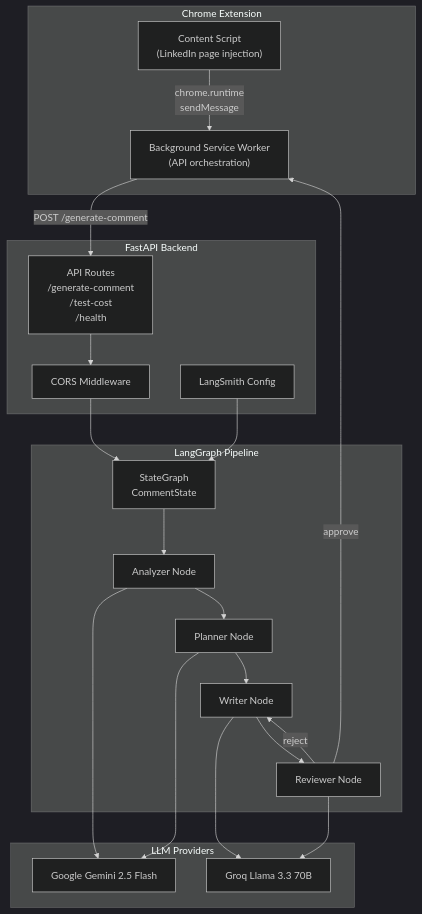
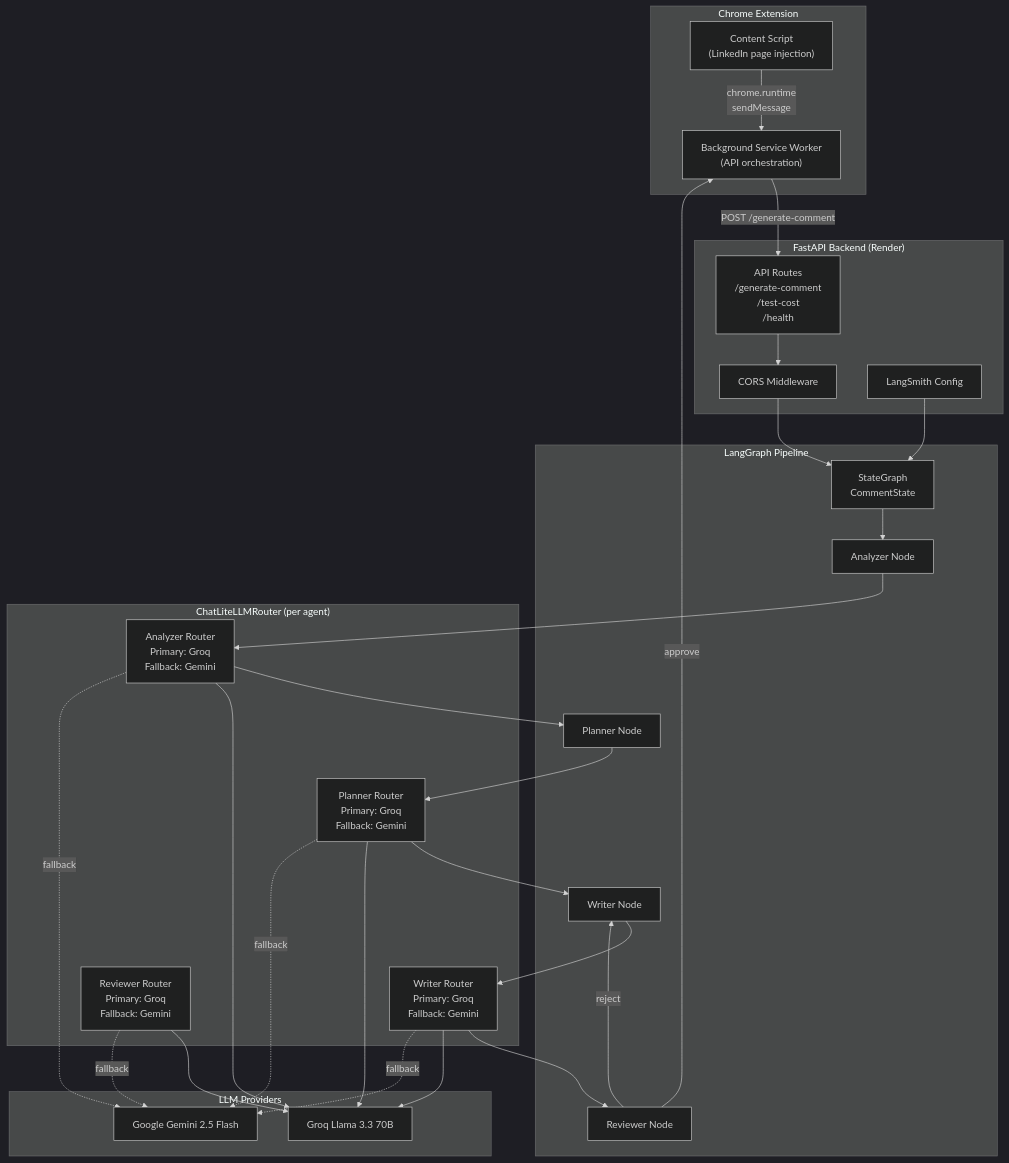
Before and after one commit to himanshu231204/linkedin-ai-comment-copilot: the second of 10 diagrams in doc/ARCHITECTURE.md, drawn with Mermaid (dark theme). The commit also changed other lines of this file and 4 other files, not shown here.

First line of the commit message:
docs: update all documentation to reflect ChatLiteLLMRouter, Groq primary, and Render deployment

````diff
--- a/doc/ARCHITECTURE.md
+++ b/doc/ARCHITECTURE.md
@@ -61,42 +62,56 @@
 ```mermaid
 graph TB
     subgraph "Chrome Extension"
         CTX["Content Script<br/>(LinkedIn page injection)"]
         BG["Background Service Worker<br/>(API orchestration)"]
     end
 
-    subgraph "FastAPI Backend"
+    subgraph "FastAPI Backend (Render)"
         ROUTE["API Routes<br/>/generate-comment<br/>/test-cost<br/>/health"]
         CORS["CORS Middleware"]
         LS["LangSmith Config"]
     end
 
     subgraph "LangGraph Pipeline"
         GRAPH["StateGraph<br/>CommentState"]
         AN["Analyzer Node"]
         PL["Planner Node"]
         WR["Writer Node"]
         RV["Reviewer Node"]
     end
 
+    subgraph "ChatLiteLLMRouter (per agent)"
+        R1["Analyzer Router<br/>Primary: Groq<br/>Fallback: Gemini"]
+        R2["Planner Router<br/>Primary: Groq<br/>Fallback: Gemini"]
+        R3["Writer Router<br/>Primary: Groq<br/>Fallback: Gemini"]
+        R4["Reviewer Router<br/>Primary: Groq<br/>Fallback: Gemini"]
+    end
+
     subgraph "LLM Providers"
+        GROQLLAMA["Groq Llama 3.3 70B"]
         GEMINI["Google Gemini 2.5 Flash"]
-        GROQLLAMA["Groq Llama 3.3 70B"]
     end
 
     CTX -->|"chrome.runtime<br/>sendMessage"| BG
     BG -->|"POST /generate-comment"| ROUTE
     ROUTE --> CORS
     CORS --> GRAPH
     LS --> GRAPH
     GRAPH --> AN
-    AN --> PL
-    PL --> WR
-    WR --> RV
+    AN --> R1
+    R1 --> PL
+    PL --> R2
+    R2 --> WR
+    WR --> R3
+    R3 --> RV
     RV -->|"reject"| WR
     RV -->|"approve"| BG
-    AN --> GEMINI
-    PL --> GEMINI
-    WR --> GROQLLAMA
-    RV --> GROQLLAMA
+    R1 --> GROQLLAMA
+    R1 -.->|"fallback"| GEMINI
+    R2 --> GROQLLAMA
+    R2 -.->|"fallback"| GEMINI
+    R3 --> GROQLLAMA
+    R3 -.->|"fallback"| GEMINI
+    R4 --> GROQLLAMA
+    R4 -.->|"fallback"| GEMINI
 ```
````
